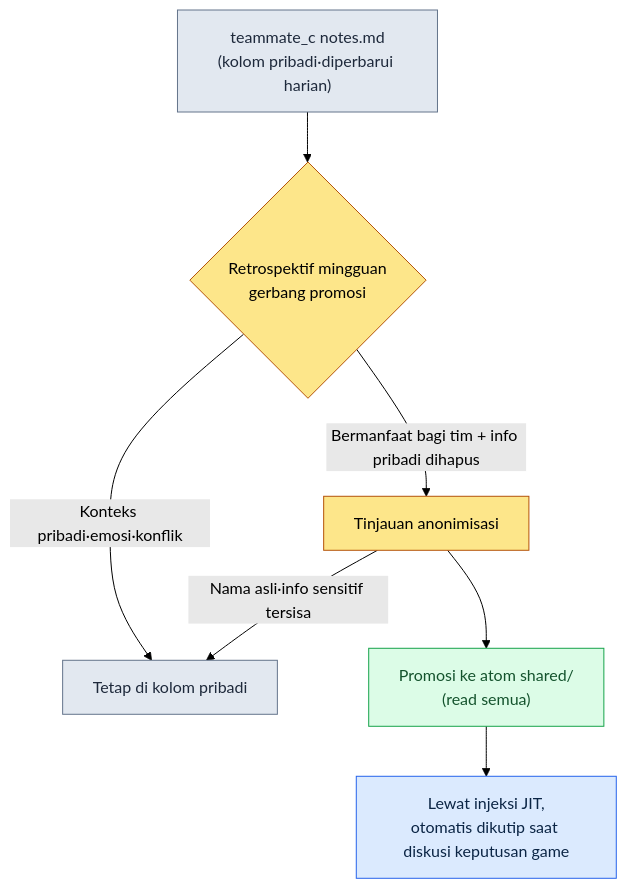
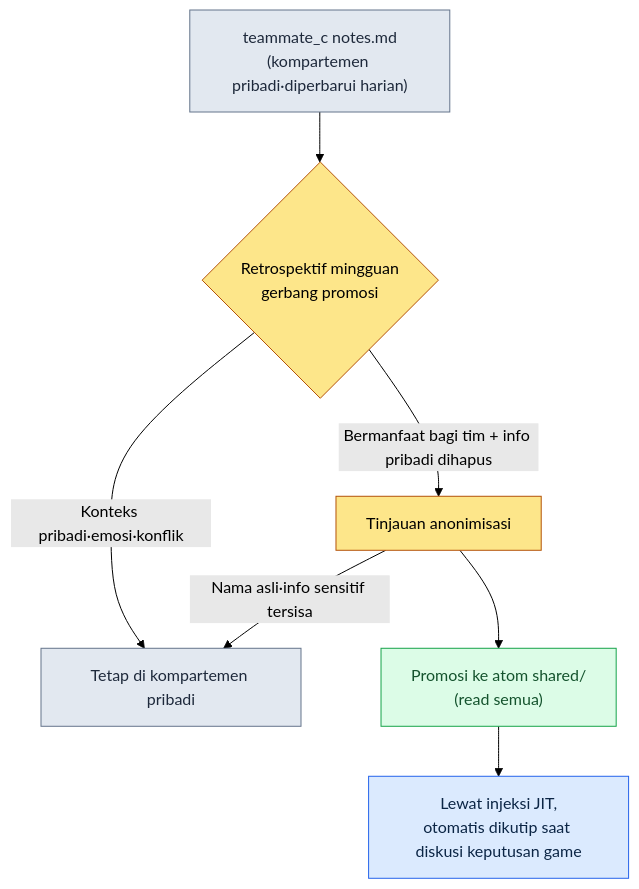
One commit to eremes81/game-design-ai-practice-id changed the diagram in manuscript/part20-team-collab/chapter-2-team-member-memory.md. Above: the diagram before and after it, drawn with Mermaid (forest theme). The commit also changed other lines of this file and 9 other files, not shown here.

````diff
--- a/manuscript/part20-team-collab/chapter-2-team-member-memory.md
+++ b/manuscript/part20-team-collab/chapter-2-team-member-memory.md
@@ -94,17 +94,17 @@
 ```mermaid
 flowchart TD
-    A["teammate_c notes.md<br/>(kolom pribadi·diperbarui harian)"] --> B{"Retrospektif mingguan<br/>gerbang promosi"}
+    A["teammate_c notes.md<br/>(kompartemen pribadi·diperbarui harian)"] --> B{"Retrospektif mingguan<br/>gerbang promosi"}
     B -->|"Bermanfaat bagi tim + info pribadi dihapus"| C["Tinjauan anonimisasi"]
-    B -->|"Konteks pribadi·emosi·konflik"| D["Tetap di kolom pribadi"]
+    B -->|"Konteks pribadi·emosi·konflik"| D["Tetap di kompartemen pribadi"]
     C --> E["Promosi ke atom shared/<br/>(read semua)"]
     C -->|"Nama asli·info sensitif tersisa"| D
     E --> F["Lewat injeksi JIT,<br/>otomatis dikutip saat diskusi keputusan game"]
     classDef code fill:#dbeafe,stroke:#2563eb,color:#0b2545;
     classDef human fill:#fde68a,stroke:#b45309,color:#000;
     classDef data fill:#e2e8f0,stroke:#64748b,color:#1e293b;
     classDef pass fill:#dcfce7,stroke:#16a34a,color:#14532d;
     class F code;
     class B,C human;
     class A,D data;
     class E pass;
 ```
````
